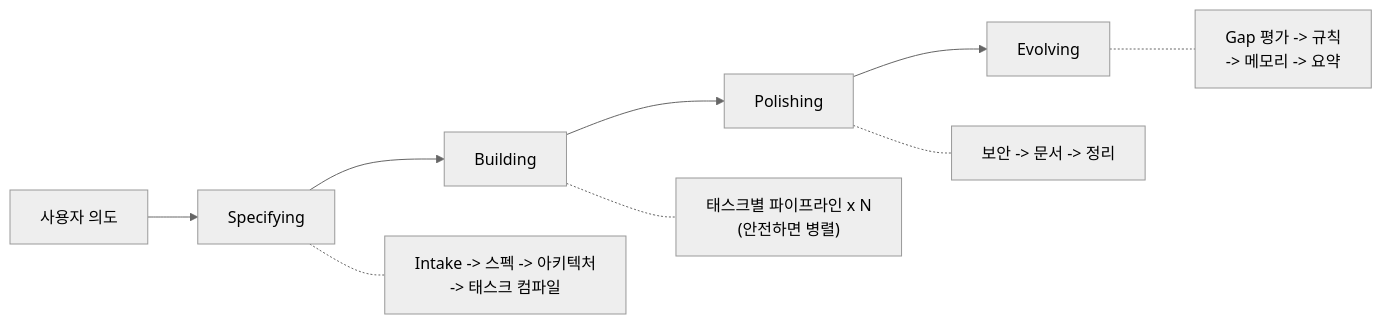
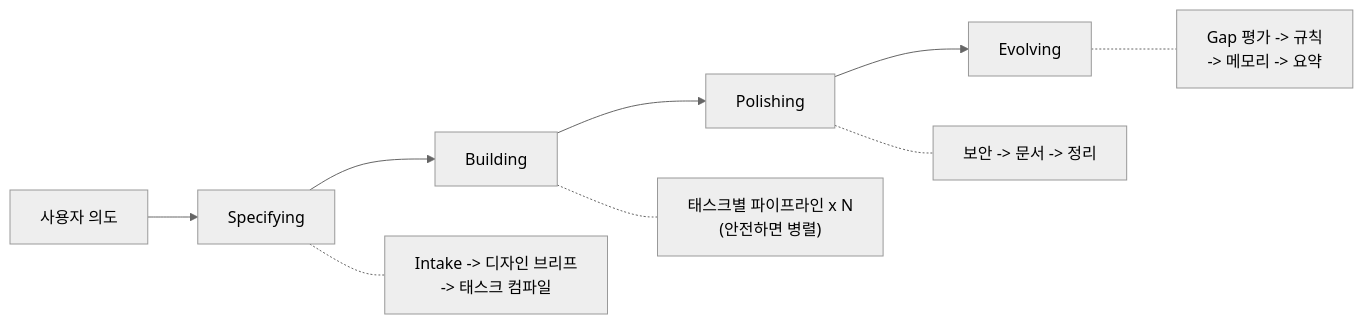
One commit to choam2426/geas changed the diagram in README.ko.md. Above: the diagram before and after it, drawn with Mermaid (neutral theme). The commit also changed 4 other files, not shown here.

````diff
--- a/README.ko.md
+++ b/README.ko.md
@@ -57,12 +57,12 @@
 ```mermaid
 graph LR
     A[사용자 의도] --> B[Specifying]
     B --> C[Building]
     C --> D[Polishing]
     D --> E[Evolving]
 
-    B -.- B1["Intake -> 스펙 -> 아키텍처\n-> 태스크 컴파일"]
+    B -.- B1["Intake -> 디자인 브리프\n-> 태스크 컴파일"]
     C -.- C1["태스크별 파이프라인 x N\n(안전하면 병렬)"]
     D -.- D1["보안 -> 문서 -> 정리"]
     E -.- E1["Gap 평가 -> 규칙\n-> 메모리 -> 요약"]
 ```
````
